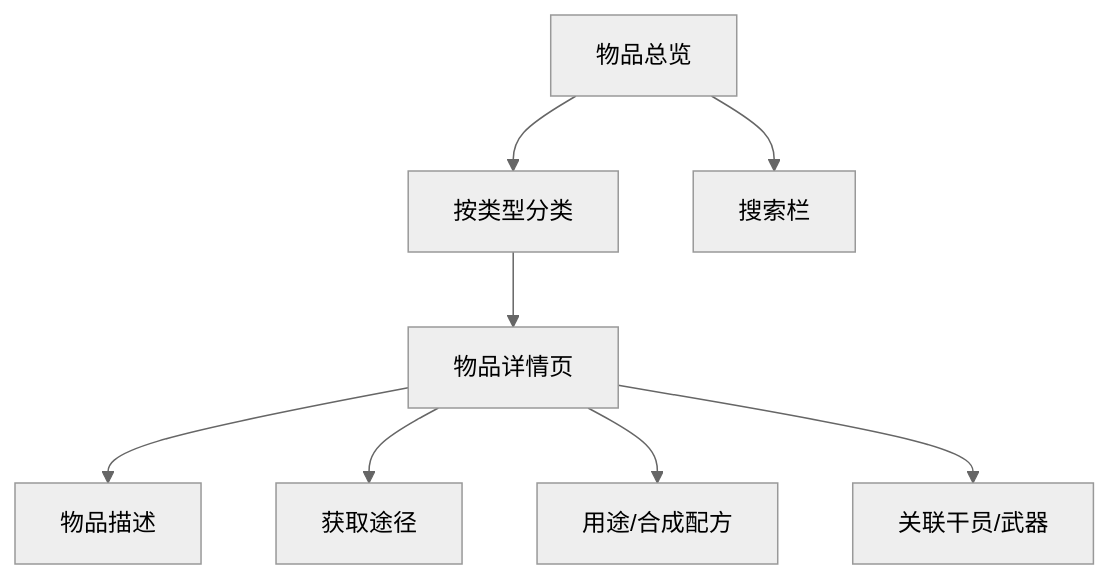
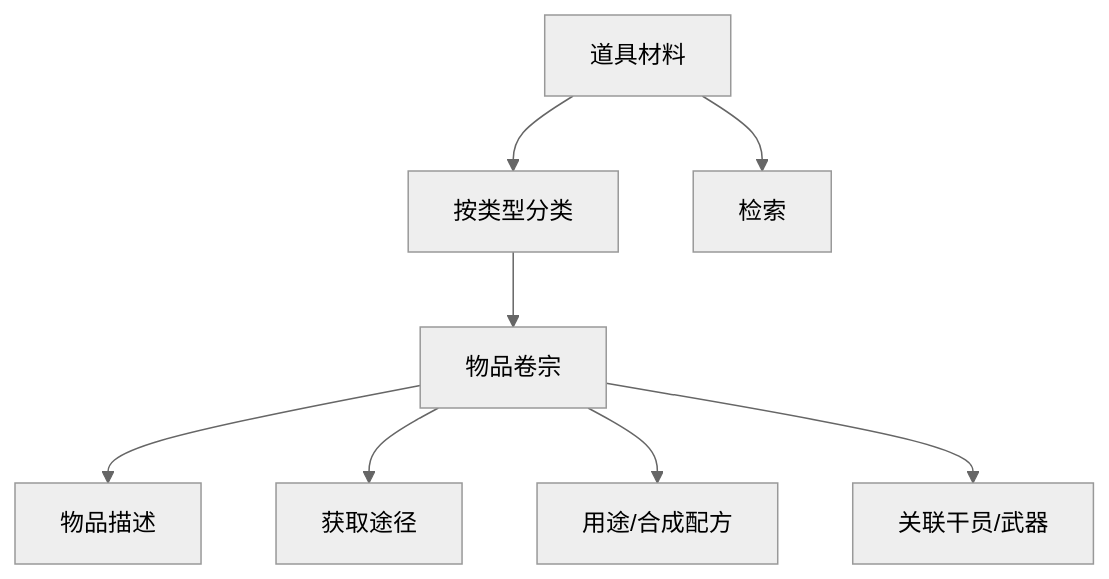
Before and after one commit to Deliay/hongshan-archives-bureau: the diagram in docs/product/09-items-materials.md, drawn with Mermaid (neutral theme). The commit also changed other lines of this file and 11 other files, not shown here.

````diff
--- a/docs/product/09-items-materials.md
+++ b/docs/product/09-items-materials.md
@@ -33,10 +33,10 @@
 ```mermaid
 flowchart TD
-    A[物品总览] --> B[按类型分类]
-    A --> C[搜索栏]
-    B --> D[物品详情页]
+    A[道具材料] --> B[按类型分类]
+    A --> C[检索]
+    B --> D[物品卷宗]
     D --> E[物品描述]
     D --> F[获取途径]
     D --> G[用途/合成配方]
     D --> H[关联干员/武器]
 ```
````
